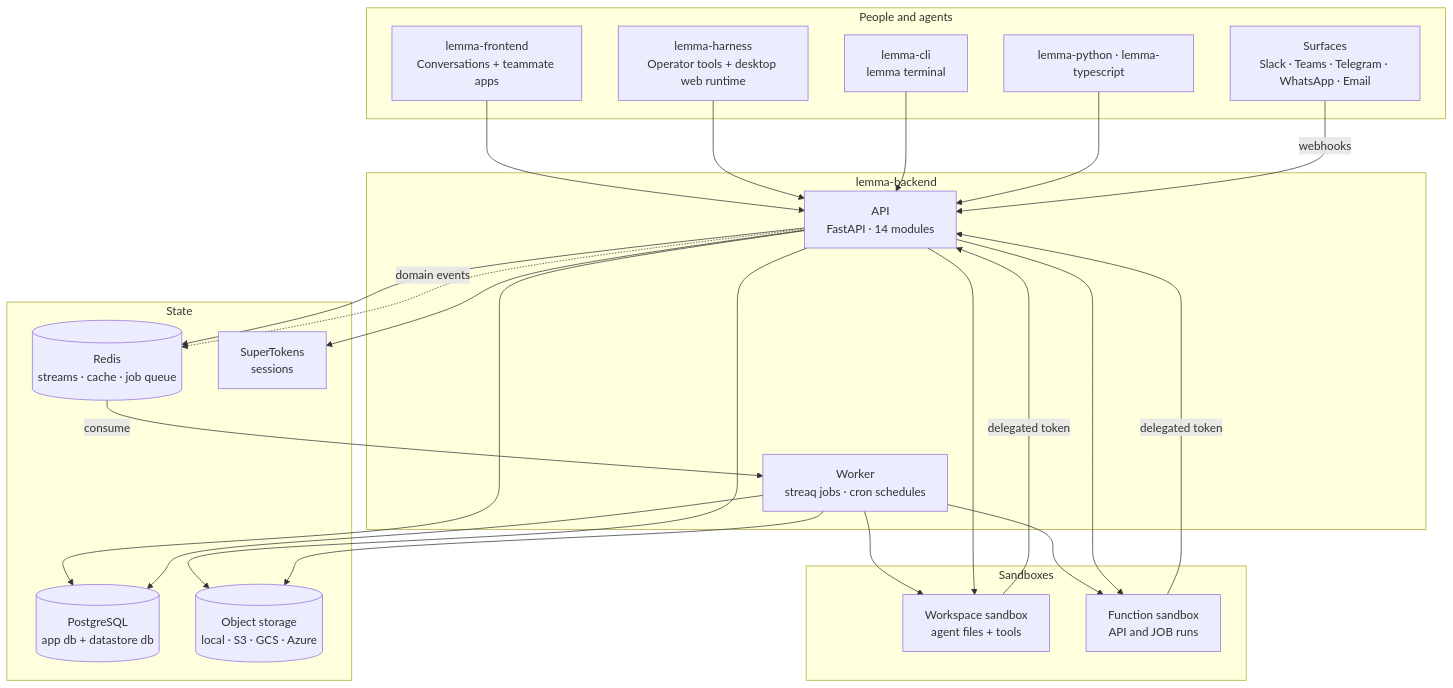
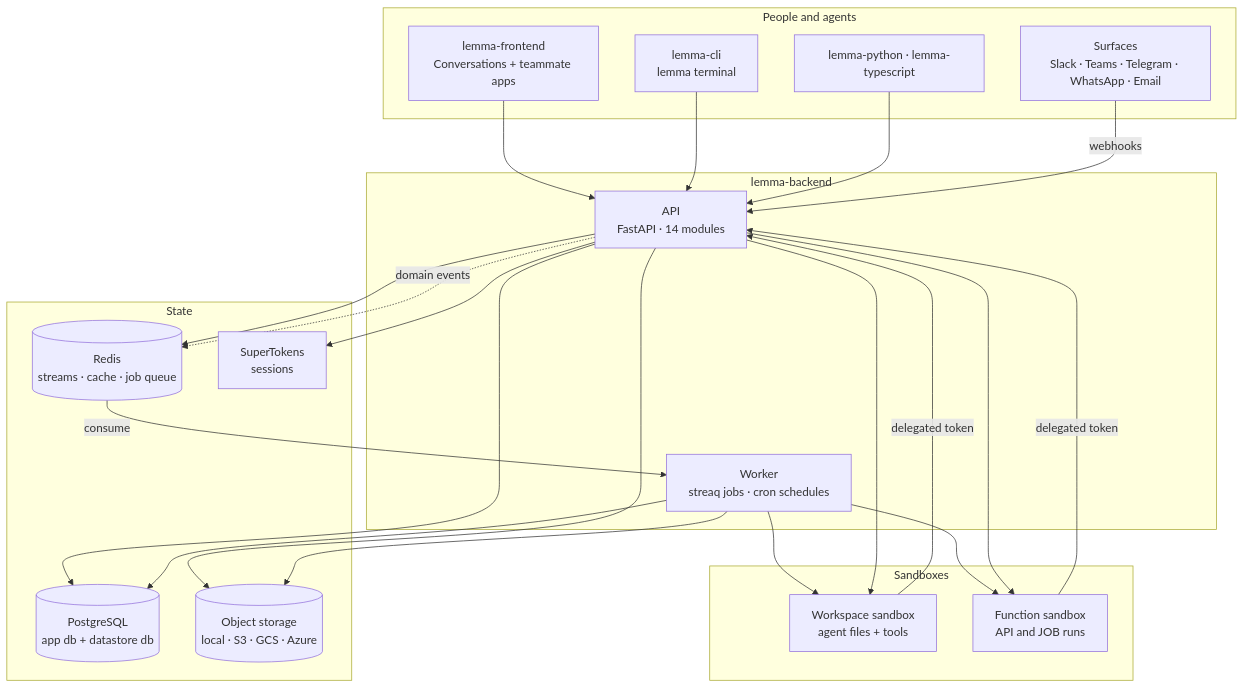
The first of 2 diagrams in ARCHITECTURE.md (lemma-work/lemma-platform), drawn with Mermaid before and after one commit. The commit also changed other lines of this file and 1036 other files, not shown here.

First line of the commit message:
Remove lemma-harness; make dev runs lemma-frontend

````diff
--- a/ARCHITECTURE.md
+++ b/ARCHITECTURE.md
@@ -33,48 +33,46 @@
 ```mermaid
 flowchart TB
     subgraph clients["People and agents"]
         WEB["lemma-frontend<br/>Conversations + teammate apps"]
-        HARNESS["lemma-harness<br/>Operator tools + desktop web runtime"]
         CLI["lemma-cli<br/>lemma terminal"]
         SURF["Surfaces<br/>Slack · Teams · Telegram · WhatsApp · Email"]
         SDK["lemma-python · lemma-typescript"]
     end
 
     subgraph backend["lemma-backend"]
         API["API<br/>FastAPI · 14 modules"]
         WORKER["Worker<br/>streaq jobs · cron schedules"]
     end
 
     subgraph state["State"]
         PG[("PostgreSQL<br/>app db + datastore db")]
         REDIS[("Redis<br/>streams · cache · job queue")]
         OBJ[("Object storage<br/>local · S3 · GCS · Azure")]
         ST["SuperTokens<br/>sessions"]
     end
 
     subgraph sandbox["Sandboxes"]
         WS["Workspace sandbox<br/>agent files + tools"]
         FN["Function sandbox<br/>API and JOB runs"]
     end
 
     WEB --> API
-    HARNESS --> API
     CLI --> API
     SDK --> API
     SURF -->|webhooks| API
 
     API --> PG
     API --> REDIS
     API --> OBJ
     API --> ST
     API -.->|domain events| REDIS
     REDIS -->|consume| WORKER
     WORKER --> PG
     WORKER --> OBJ
     WORKER --> WS
     WORKER --> FN
     API --> WS
     API --> FN
     WS -->|delegated token| API
     FN -->|delegated token| API
 ```
````
